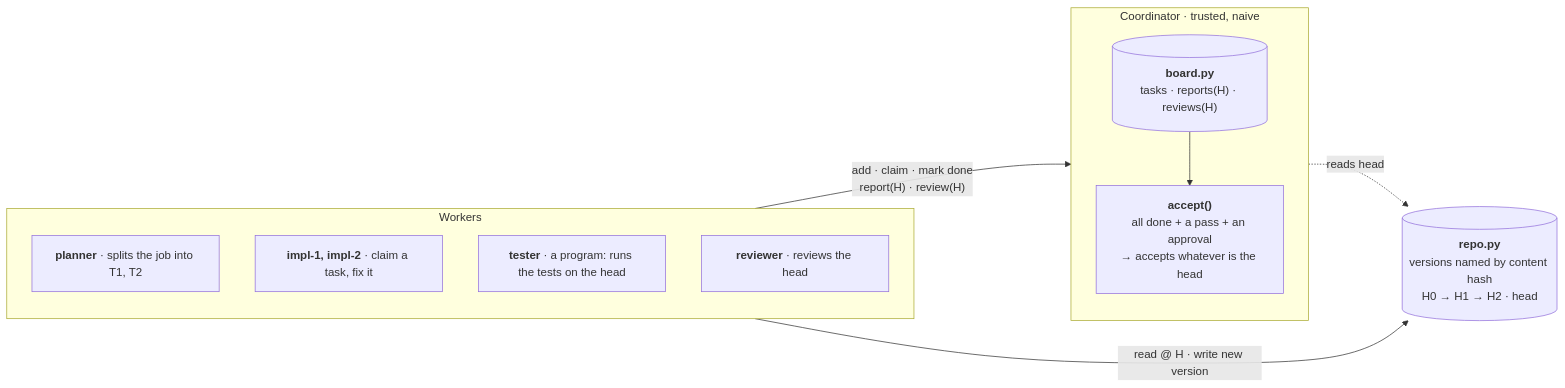
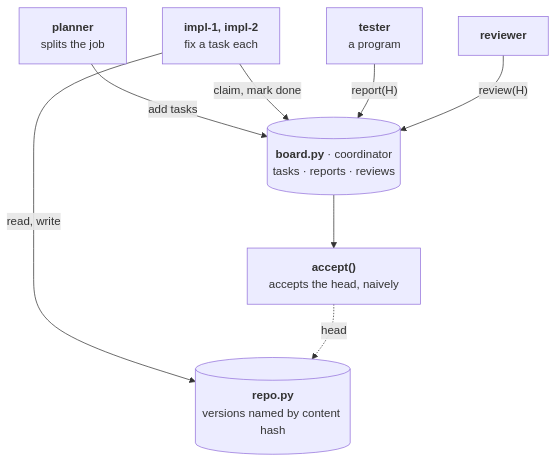
One commit to luca-zanolini/reliable-distributed-agent-systems changed the diagram in 06-multi-agent/README.md. Above: the diagram before and after it, drawn with Mermaid.

Commit message:
06-multi-agent: README diagram redrawn with node-level arrows and one-line labels, so labels no longer overlap boxes when rendered on GitHub.

````diff
--- a/06-multi-agent/README.md
+++ b/06-multi-agent/README.md
@@ -11,20 +11,17 @@
 ```mermaid
-flowchart LR
-    subgraph W["Workers"]
-        direction TB
-        P["<b>planner</b> · splits the job into T1, T2"]
-        I["<b>impl-1, impl-2</b> · claim a task, fix it"]
-        T["<b>tester</b> · a program: runs the tests on the head"]
-        R["<b>reviewer</b> · reviews the head"]
-    end
-    subgraph C["Coordinator · trusted, naive"]
-        direction TB
-        B[("<b>board.py</b><br/>tasks · reports(H) · reviews(H)")]
-        A["<b>accept()</b><br/>all done + a pass + an approval<br/>→ accepts whatever is the head"]
-        B --> A
-    end
-    REPO[("<b>repo.py</b><br/>versions named by content hash<br/>H0 → H1 → H2 · head")]
-    W -- "add · claim · mark done<br/>report(H) · review(H)" --> B
-    I -- "read @ H · write new version" --> REPO
-    A -. "reads head" .-> REPO
+flowchart TB
+    P["<b>planner</b><br/>splits the job"]
+    I["<b>impl-1, impl-2</b><br/>fix a task each"]
+    T["<b>tester</b><br/>a program"]
+    R["<b>reviewer</b>"]
+    B[("<b>board.py</b> · coordinator<br/>tasks · reports · reviews")]
+    A["<b>accept()</b><br/>accepts the head, naively"]
+    REPO[("<b>repo.py</b><br/>versions named by content hash")]
+    P -->|add tasks| B
+    I -->|claim, mark done| B
+    T -->|"report(H)"| B
+    R -->|"review(H)"| B
+    I -->|read, write| REPO
+    B --> A
+    A -.->|head| REPO
 ```
````
